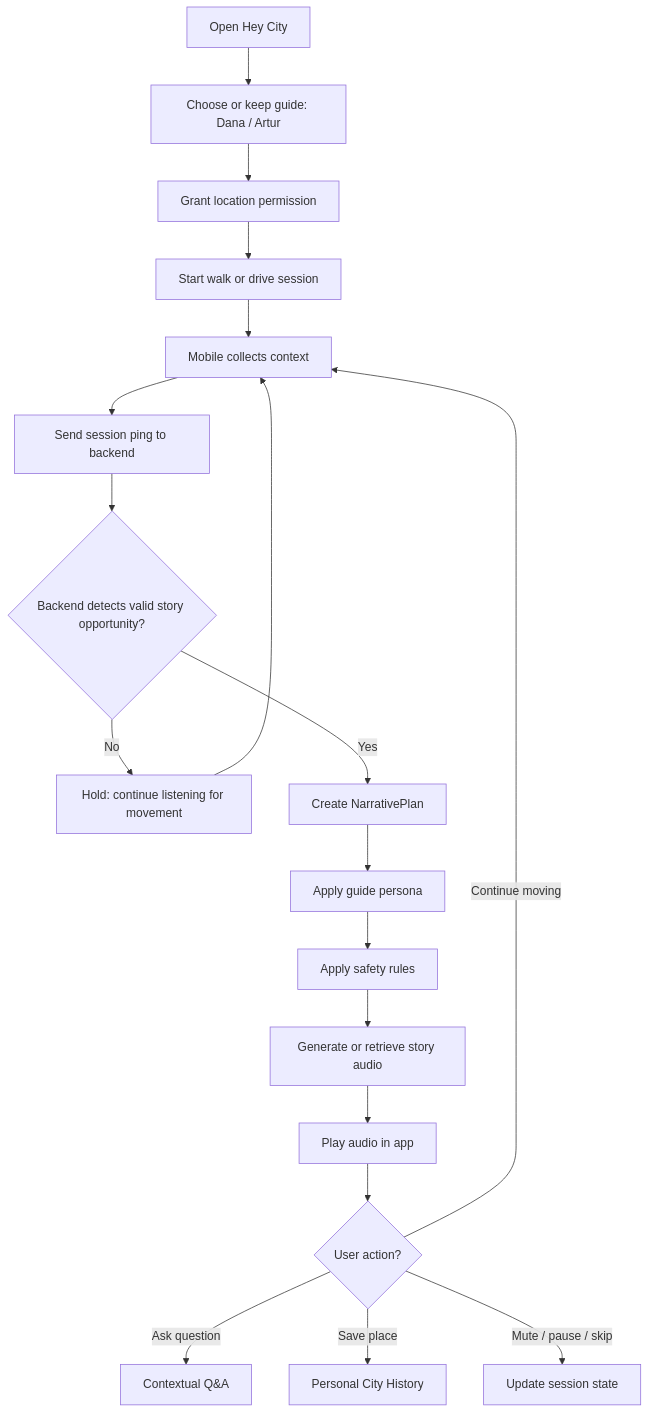
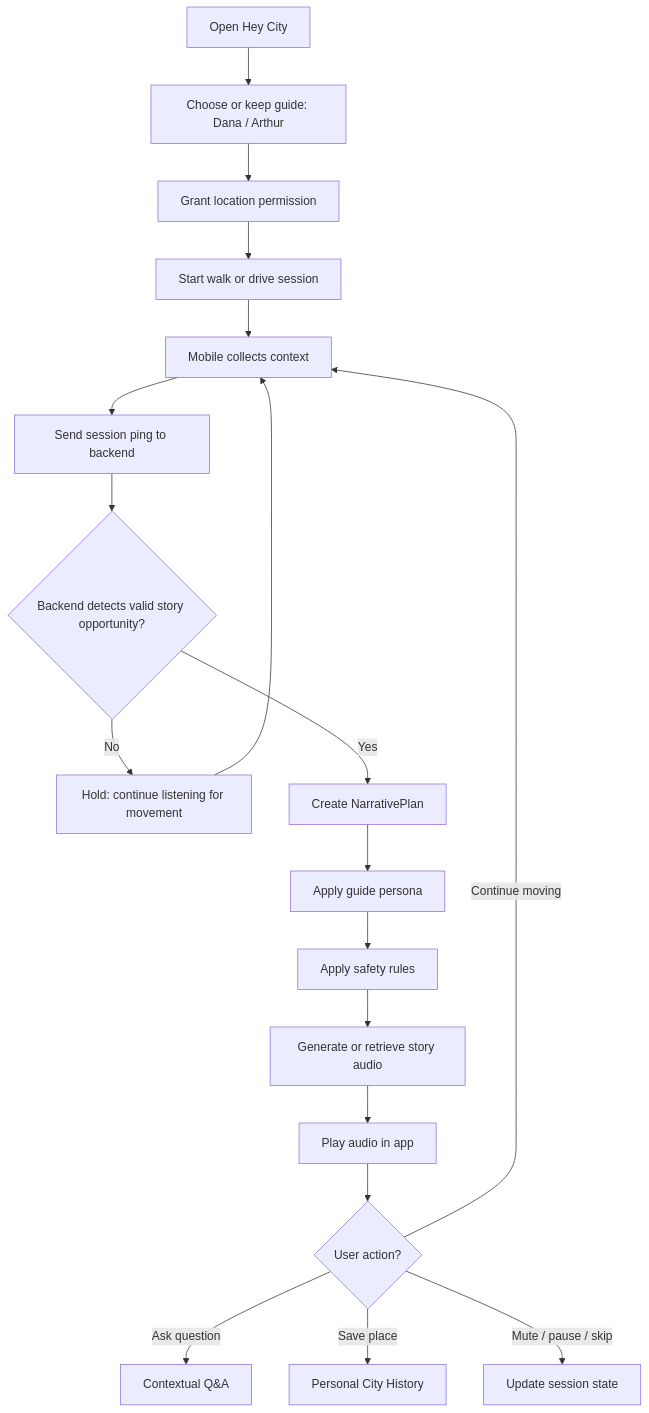
Before and after one commit to gris812/Hey-City: the diagram in docs/architecture/02-product-user-flow.md, drawn with Mermaid. The commit also changed other lines of this file and 56 other files, not shown here.

````diff
--- a/docs/architecture/02-product-user-flow.md
+++ b/docs/architecture/02-product-user-flow.md
@@ -13,26 +13,26 @@
 ```mermaid
 flowchart TD
-    A[Open Hey City] --> B[Choose or keep guide: Dana / Artur]
+    A[Open Hey City] --> B[Choose or keep guide: Dana / Arthur]
     B --> C[Grant location permission]
     C --> D[Start walk or drive session]
 
     D --> E[Mobile collects context]
     E --> F[Send session ping to backend]
 
     F --> G{Backend detects valid story opportunity?}
 
     G -->|No| H[Hold: continue listening for movement]
     H --> E
 
     G -->|Yes| I[Create NarrativePlan]
     I --> J[Apply guide persona]
     J --> K[Apply safety rules]
     K --> L[Generate or retrieve story audio]
     L --> M[Play audio in app]
 
     M --> N{User action?}
     N -->|Ask question| O[Contextual Q&A]
     N -->|Save place| P[Personal City History]
     N -->|Mute / pause / skip| Q[Update session state]
     N -->|Continue moving| E
 ```
````
